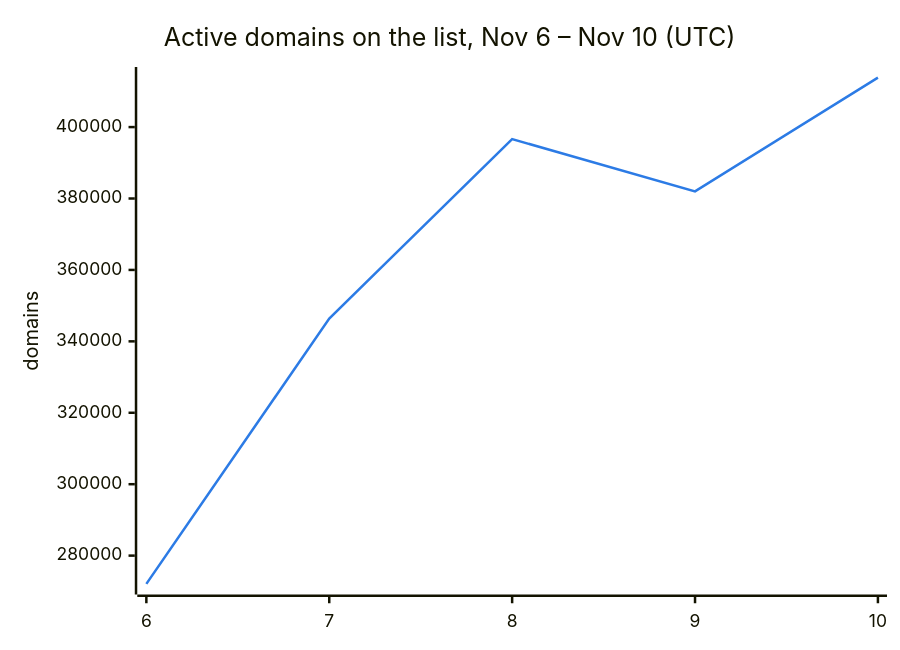
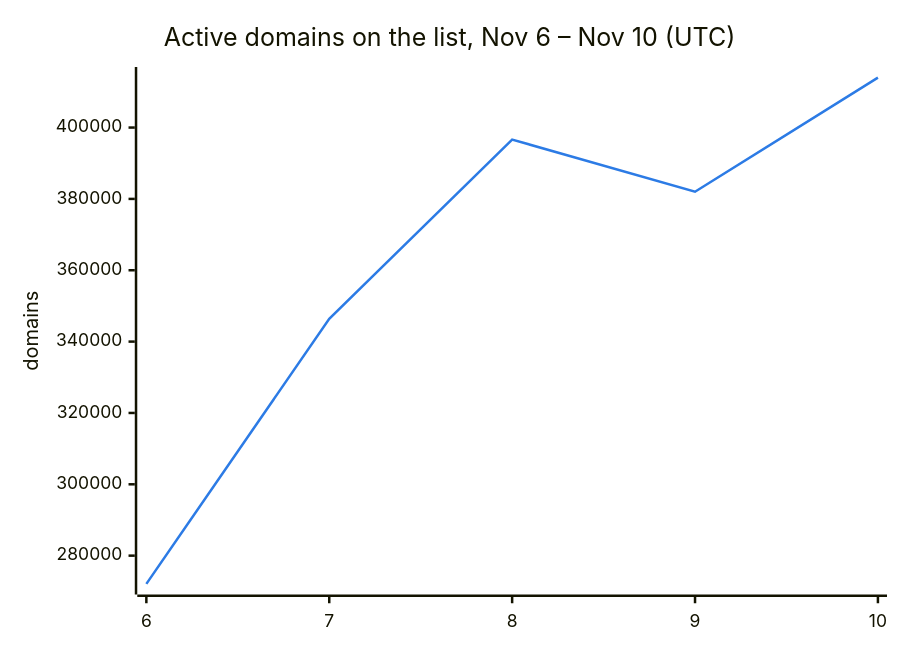
One commit to DNSBunker/CTI changed the second of 3 diagrams in README.md. Above: the diagram before and after it, drawn with Mermaid. The commit also changed other lines of this file and 3 other files, not shown here.

````diff
--- a/README.md
+++ b/README.md
@@ -38,8 +38,8 @@
 ```mermaid
 %%{init: {"themeVariables": {"xyChart": {"plotColorPalette": "#2c7be5"}}}}%%
 xychart-beta
     title "Active domains on the list, Nov 6 – Nov 10 (UTC)"
     x-axis ["6", "7", "8", "9", "10"]
     y-axis "domains"
-    line [272088, 346388, 396638, 382009, 413848]
+    line [272088, 346388, 396638, 382009, 413997]
 ```
````
